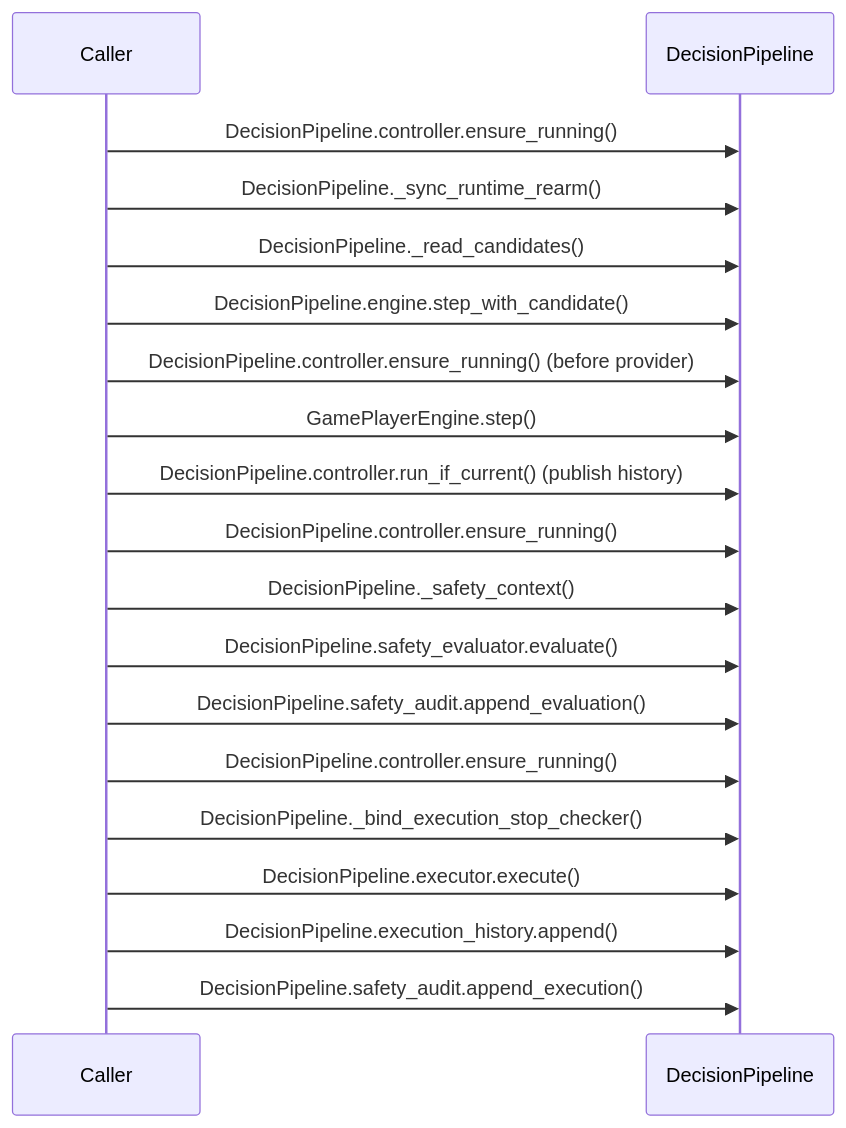
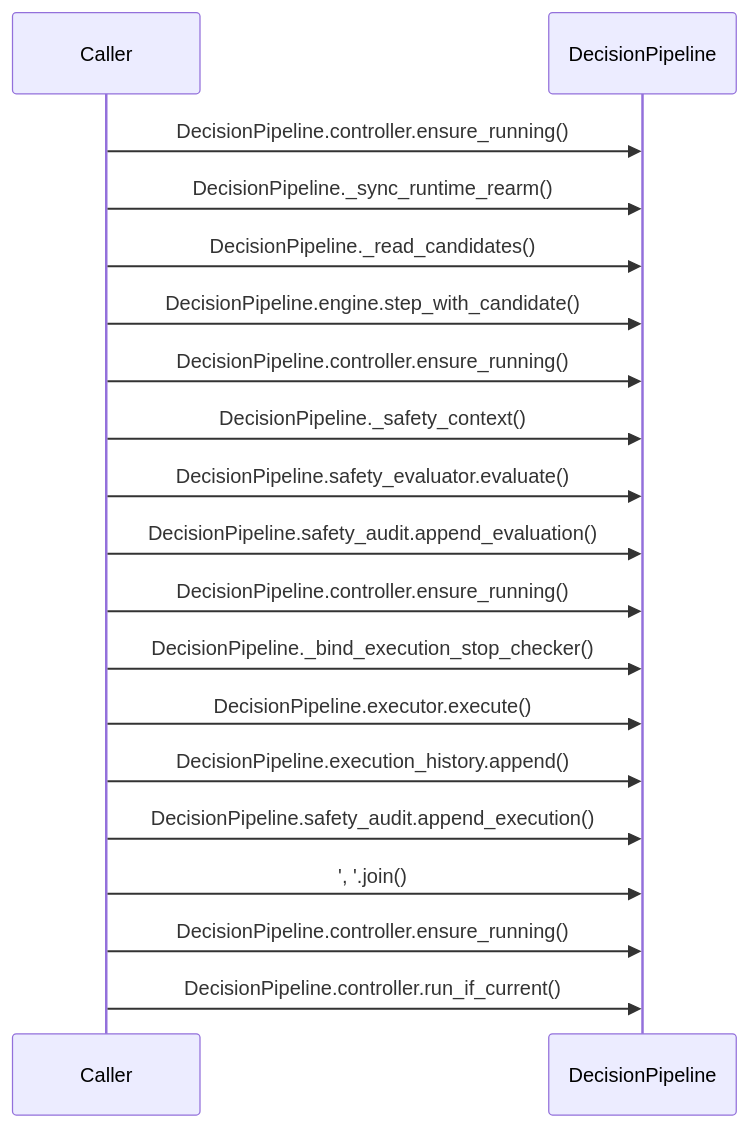
The diagram in doc/sequence_diagram.mmd (tomiya7688/AI_game_player), drawn with Mermaid before and after one commit.

Commit message:
docs: sync generated sequence diagram

```diff
--- a/doc/sequence_diagram.mmd
+++ b/doc/sequence_diagram.mmd
@@ -1,19 +1,19 @@
 sequenceDiagram
     participant caller as Caller
     participant target as DecisionPipeline
     caller->>target: DecisionPipeline.controller.ensure_running()
     caller->>target: DecisionPipeline._sync_runtime_rearm()
     caller->>target: DecisionPipeline._read_candidates()
     caller->>target: DecisionPipeline.engine.step_with_candidate()
-    caller->>target: DecisionPipeline.controller.ensure_running() (before provider)
-    caller->>target: GamePlayerEngine.step()
-    caller->>target: DecisionPipeline.controller.run_if_current() (publish history)
     caller->>target: DecisionPipeline.controller.ensure_running()
     caller->>target: DecisionPipeline._safety_context()
     caller->>target: DecisionPipeline.safety_evaluator.evaluate()
     caller->>target: DecisionPipeline.safety_audit.append_evaluation()
     caller->>target: DecisionPipeline.controller.ensure_running()
     caller->>target: DecisionPipeline._bind_execution_stop_checker()
     caller->>target: DecisionPipeline.executor.execute()
     caller->>target: DecisionPipeline.execution_history.append()
     caller->>target: DecisionPipeline.safety_audit.append_execution()
+    caller->>target: ', '.join()
+    caller->>target: DecisionPipeline.controller.ensure_running()
+    caller->>target: DecisionPipeline.controller.run_if_current()
```
